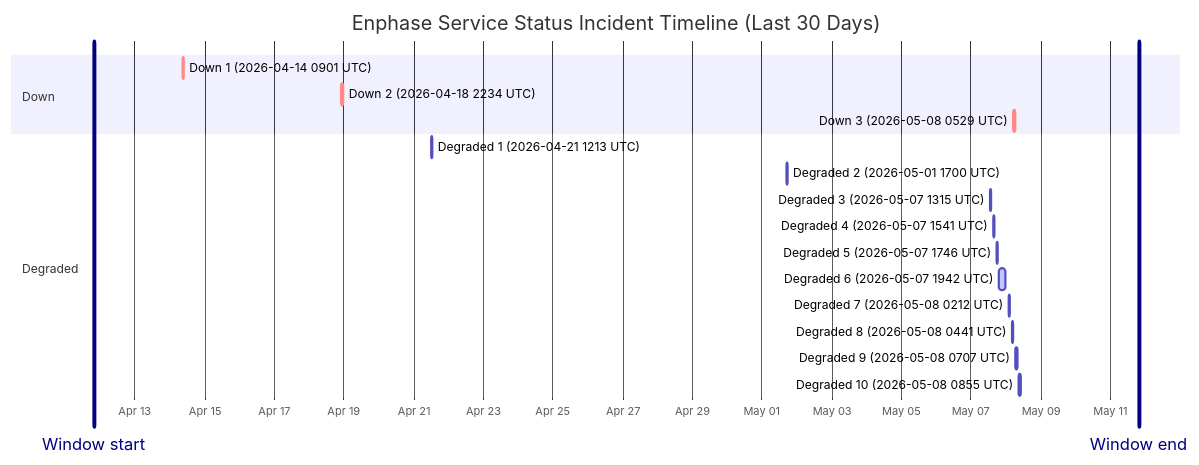
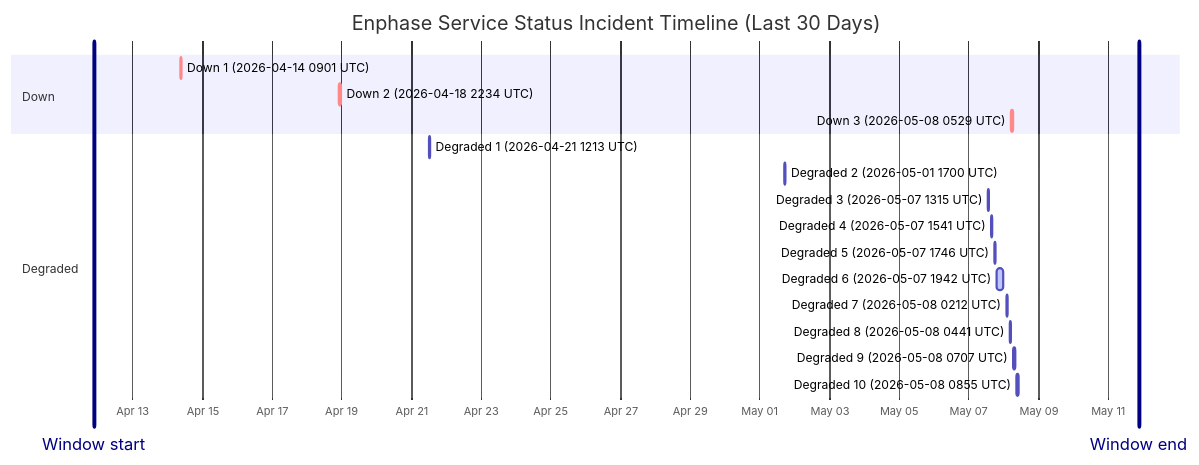
One commit to barneyonline/ha-enphase-ev-charger changed the diagram in wiki/Service-Status-History.md. Above: the diagram before and after it, drawn with Mermaid. The commit also changed other lines of this file and 3 other files, not shown here.

````diff
--- a/wiki/Service-Status-History.md
+++ b/wiki/Service-Status-History.md
@@ -14,23 +14,23 @@
 ```mermaid
 gantt
     title Enphase Service Status Incident Timeline (Last 30 Days)
     dateFormat  YYYY-MM-DDTHH:mm:ss
     axisFormat  %b %d
-    Window start :vert, window-start, 2026-04-11T19:45:07, 0ms
-    Window end :vert, window-end, 2026-05-11T19:45:07, 0ms
+    Window start :vert, window-start, 2026-04-11T21:15:28, 0ms
+    Window end :vert, window-end, 2026-05-11T21:15:28, 0ms
     section Down
     Down 1 (2026-04-14 0901 UTC) :crit, down-1, 2026-04-14T09:01:13, 60m
     Down 2 (2026-04-18 2234 UTC) :crit, down-2, 2026-04-18T22:34:13, 60m
     Down 3 (2026-05-08 0529 UTC) :crit, down-3, 2026-05-08T05:29:47, 60m
     section Degraded
     Degraded 1 (2026-04-21 1213 UTC) :active, degraded-1, 2026-04-21T12:13:11, 60m
     Degraded 2 (2026-05-01 1700 UTC) :active, degraded-2, 2026-05-01T17:00:22, 60m
     Degraded 3 (2026-05-07 1315 UTC) :active, degraded-3, 2026-05-07T13:15:25, 60m
     Degraded 4 (2026-05-07 1541 UTC) :active, degraded-4, 2026-05-07T15:41:58, 60m
     Degraded 5 (2026-05-07 1746 UTC) :active, degraded-5, 2026-05-07T17:46:51, 60m
     Degraded 6 (2026-05-07 1942 UTC) :active, degraded-6, 2026-05-07T19:42:10, 249m
     Degraded 7 (2026-05-08 0212 UTC) :active, degraded-7, 2026-05-08T02:12:39, 60m
     Degraded 8 (2026-05-08 0441 UTC) :active, degraded-8, 2026-05-08T04:41:46, 60m
     Degraded 9 (2026-05-08 0707 UTC) :active, degraded-9, 2026-05-08T07:07:30, 60m
     Degraded 10 (2026-05-08 0855 UTC) :active, degraded-10, 2026-05-08T08:55:20, 88m
 ```
````
